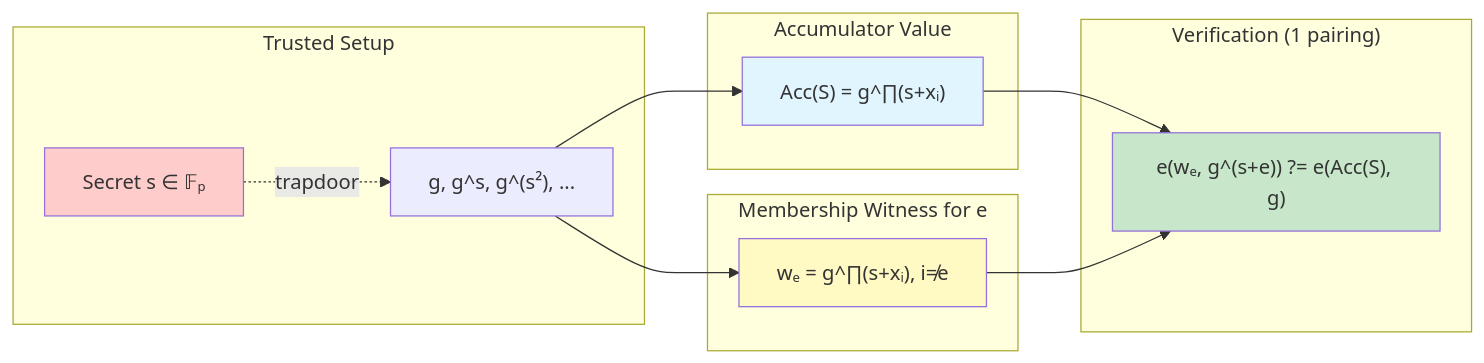
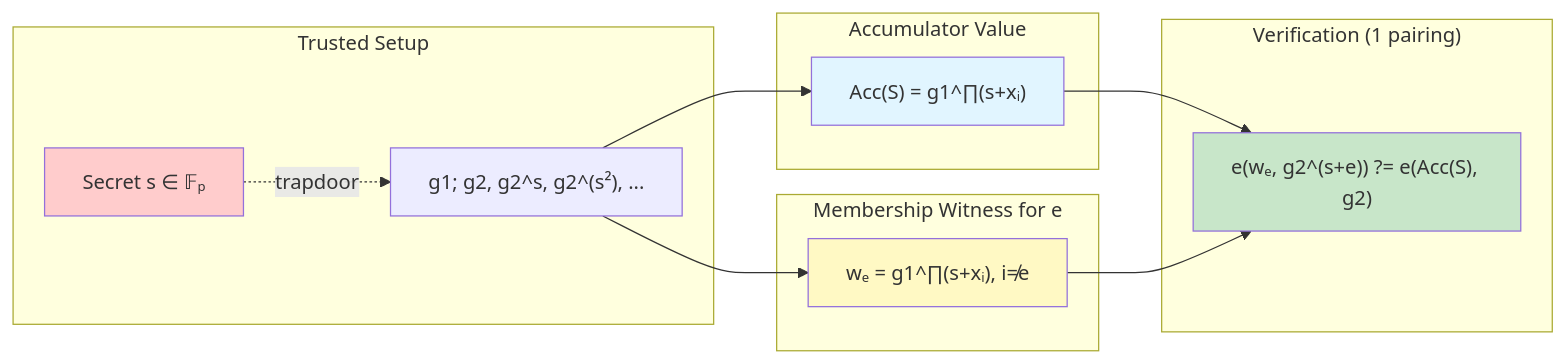
Before and after one commit to jordan-public/cryptographic-accumulators-nullifiers: the second of 8 diagrams in README.md, drawn with Mermaid. The commit also changed other lines of this file, not shown here.

````diff
--- a/README.md
+++ b/README.md
@@ -174,30 +174,30 @@
 ```mermaid
 graph LR
     subgraph Setup["Trusted Setup"]
         S["Secret s ∈ 𝔽ₚ"]
-        G["g, g^s, g^(s²), ..."]
+        G["g1; g2, g2^s, g2^(s²), ..."]
     end
     
     subgraph Accumulator["Accumulator Value"]
-        ACC["Acc(S) = g^∏(s+xᵢ)"]
+        ACC["Acc(S) = g1^∏(s+xᵢ)"]
     end
     
     subgraph Witness["Membership Witness for e"]
-        W["wₑ = g^∏(s+xᵢ), i≠e"]
+        W["wₑ = g1^∏(s+xᵢ), i≠e"]
     end
     
     subgraph Verify["Verification (1 pairing)"]
-        V["e(wₑ, g^(s+e)) ?= e(Acc(S), g)"]
+        V["e(wₑ, g2^(s+e)) ?= e(Acc(S), g2)"]
     end
     
     S -.trapdoor.-> G
     G --> ACC
     G --> W
     ACC --> V
     W --> V
     
     style S fill:#ffcccc
     style ACC fill:#e1f5ff
     style W fill:#fff9c4
     style V fill:#c8e6c9
 ```
````
